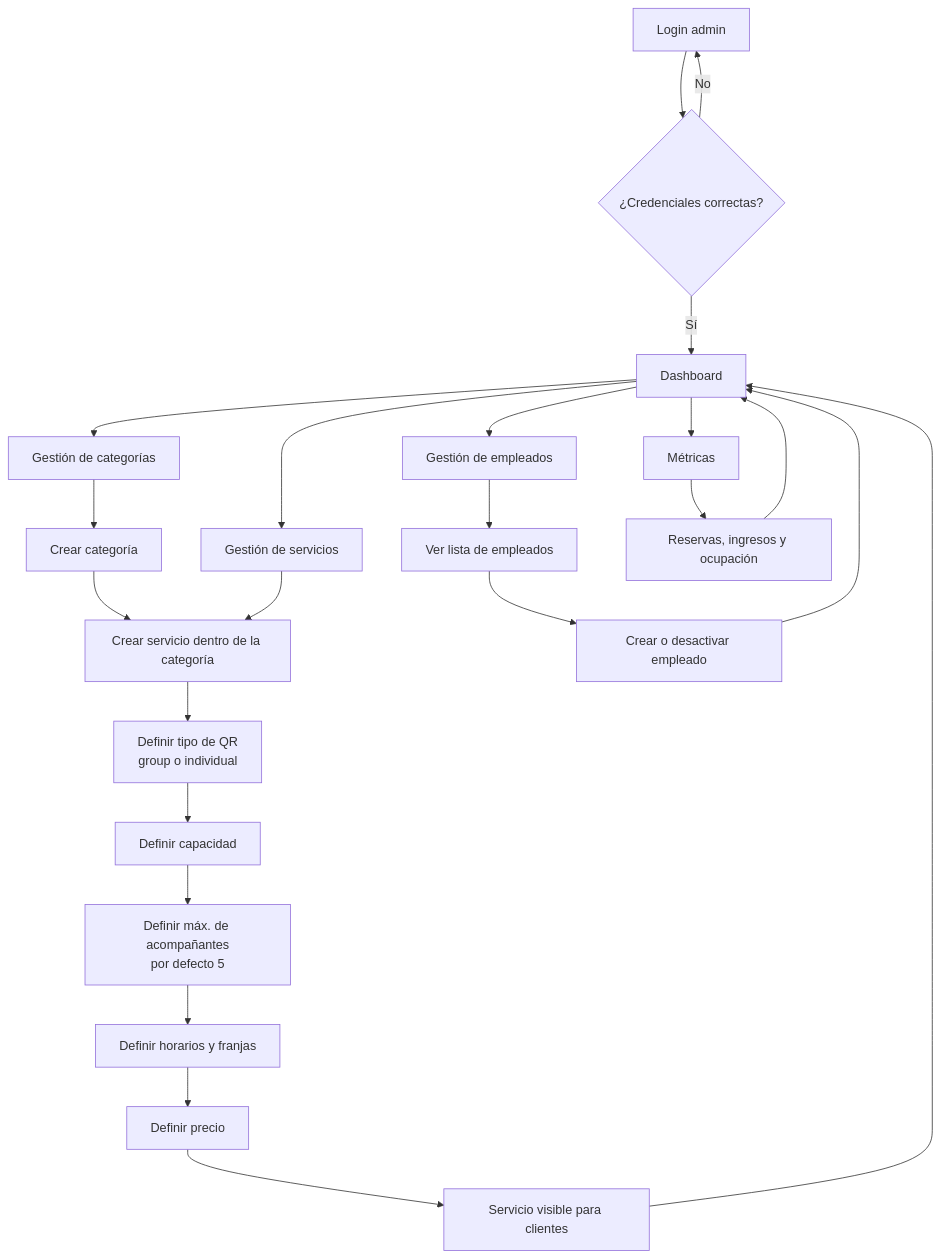
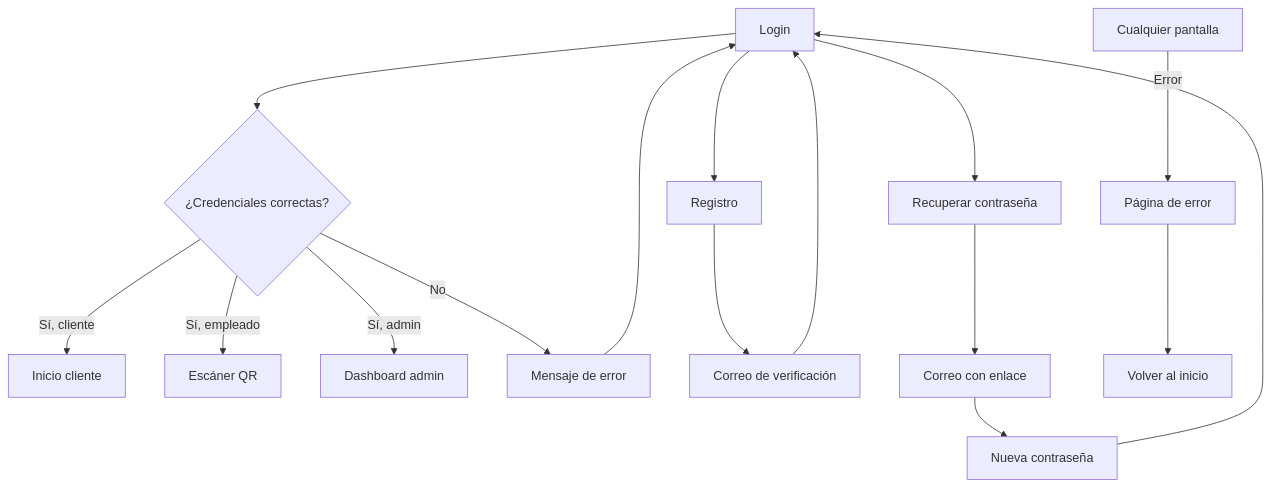
One commit to complejo-deportivo-dev/complejo-deportivo changed the eighth of 9 diagrams in docs/diseño/ui-flujos.md. Above: the diagram before and after it, drawn with Mermaid. The commit also changed other lines of this file, not shown here.

````diff
--- a/docs/diseño/ui-flujos.md
+++ b/docs/diseño/ui-flujos.md
@@ -173,30 +175,17 @@
 ```mermaid
 flowchart TD
-    A[Login admin] --> B{¿Credenciales correctas?}
-    B -->|No| A
-    B -->|Sí| C[Dashboard]
+    A[Login] --> B{¿Credenciales correctas?}
+    B -->|Sí, cliente| C[Inicio cliente]
+    B -->|Sí, empleado| D[Escáner QR]
+    B -->|Sí, admin| E[Dashboard admin]
+    B -->|No| F[Mensaje de error] --> A
 
-    C --> D[Gestión de categorías]
-    C --> E[Gestión de servicios]
-    C --> F[Gestión de empleados]
-    C --> G[Métricas]
+    A --> G[Registro] --> H[Correo de verificación] --> A
 
-    D --> D1[Crear categoría]
-    D1 --> E1[Crear servicio dentro de la categoría]
+    A --> I[Recuperar contraseña]
+    I --> J[Correo con enlace]
+    J --> K[Nueva contraseña] --> A
 
-    E --> E1
-    E1 --> E2[Definir tipo de QR<br/>group o individual]
-    E2 --> E3[Definir capacidad]
-    E3 --> E4[Definir máx. de acompañantes<br/>por defecto 5]
-    E4 --> E5[Definir horarios y franjas]
-    E5 --> E6[Definir precio]
-    E6 --> E7[Servicio visible para clientes]
-    E7 --> C
-
-    F --> F1[Ver lista de empleados]
-    F1 --> F2[Crear o desactivar empleado]
-    F2 --> C
-
-    G --> G1[Reservas, ingresos y ocupación]
-    G1 --> C
+    L[Cualquier pantalla] -->|Error| M[Página de error]
+    M --> N[Volver al inicio]
 ```
````
